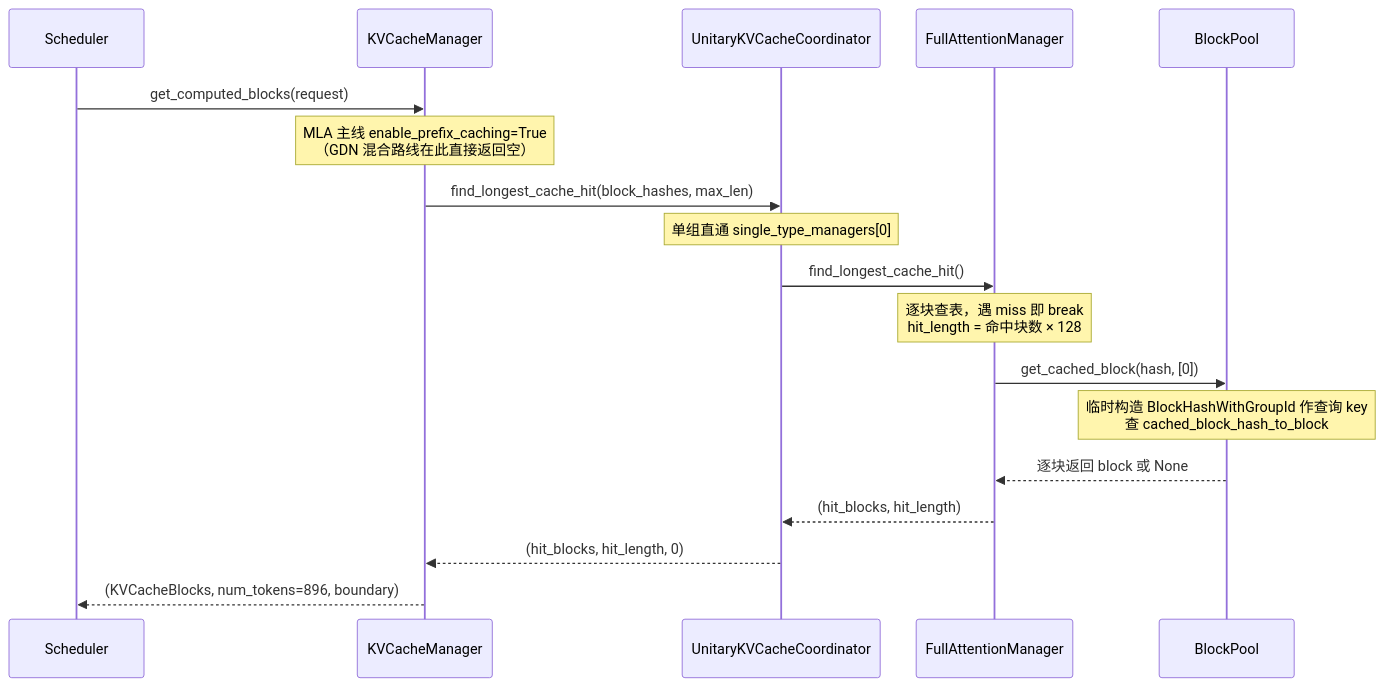
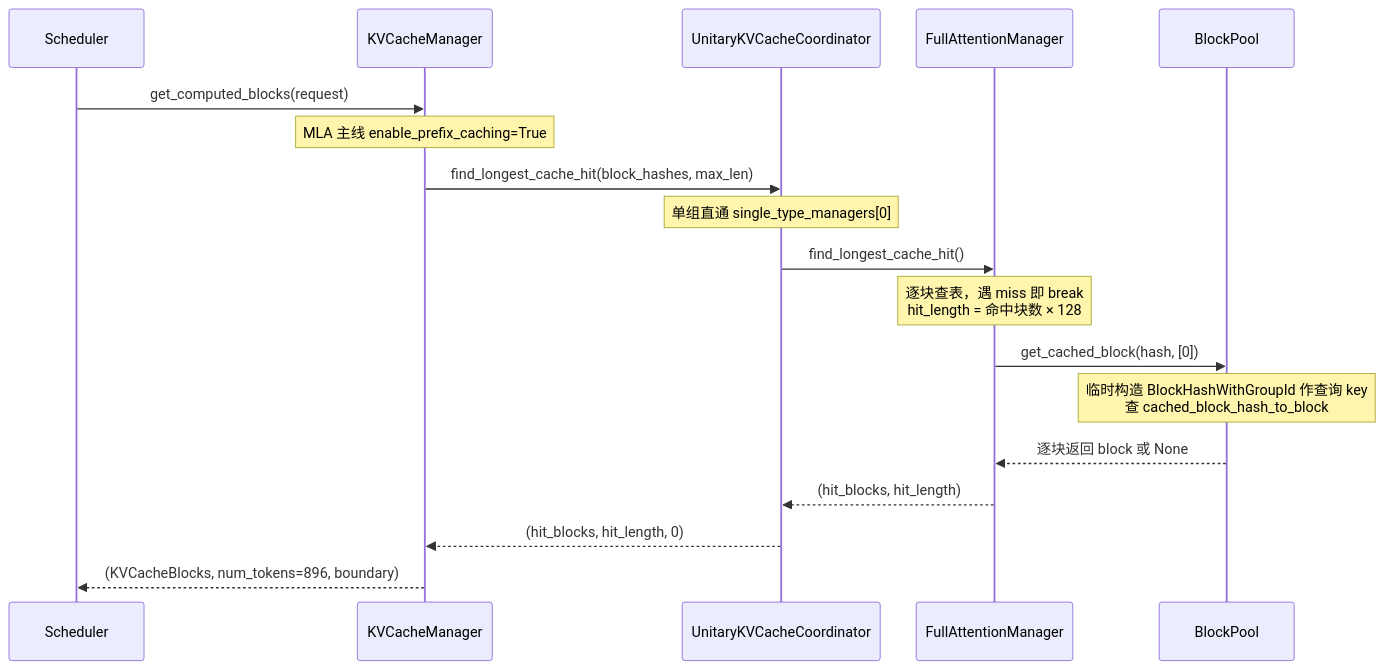
One commit to GoCHug/vllm changed the third of 6 diagrams in vllm/v1/core/kvcache_study/kvcache_docs/npu_mla/2_runtime_sequence.md. Above: the diagram before and after it, drawn with Mermaid. The commit also changed other lines of this file and 6 other files, not shown here.

````diff
--- a/vllm/v1/core/kvcache_study/kvcache_docs/npu_mla/2_runtime_sequence.md
+++ b/vllm/v1/core/kvcache_study/kvcache_docs/npu_mla/2_runtime_sequence.md
@@ -212,21 +212,21 @@
 ```mermaid
 %%{init: {"themeVariables": {"actorFontSize": "11px", "messageFontSize": "11px", "noteFontSize": "11px"}, "sequence": {"actorMargin": 40, "messageMargin": 16, "noteMargin": 8, "boxMargin": 8, "mirrorActors": true}}}%%
 sequenceDiagram
     participant Scheduler
     participant KVCacheManager
     participant UnitaryKVCacheCoordinator
     participant FullAttentionManager
     participant BlockPool
     Scheduler->>KVCacheManager: get_computed_blocks(request)
-    Note over KVCacheManager: MLA 主线 enable_prefix_caching=True<br/>（GDN 混合路线在此直接返回空）
+    Note over KVCacheManager: MLA 主线 enable_prefix_caching=True
     KVCacheManager->>UnitaryKVCacheCoordinator: find_longest_cache_hit(block_hashes, max_len)
     Note over UnitaryKVCacheCoordinator: 单组直通 single_type_managers[0]
     UnitaryKVCacheCoordinator->>FullAttentionManager: find_longest_cache_hit()
     Note over FullAttentionManager: 逐块查表，遇 miss 即 break<br/>hit_length = 命中块数 × 128
     FullAttentionManager->>BlockPool: get_cached_block(hash, [0])
     Note over BlockPool: 临时构造 BlockHashWithGroupId 作查询 key<br/>查 cached_block_hash_to_block
     BlockPool-->>FullAttentionManager: 逐块返回 block 或 None
     FullAttentionManager-->>UnitaryKVCacheCoordinator: (hit_blocks, hit_length)
     UnitaryKVCacheCoordinator-->>KVCacheManager: (hit_blocks, hit_length, 0)
     KVCacheManager-->>Scheduler: (KVCacheBlocks, num_tokens=896, boundary)
 ```
````
